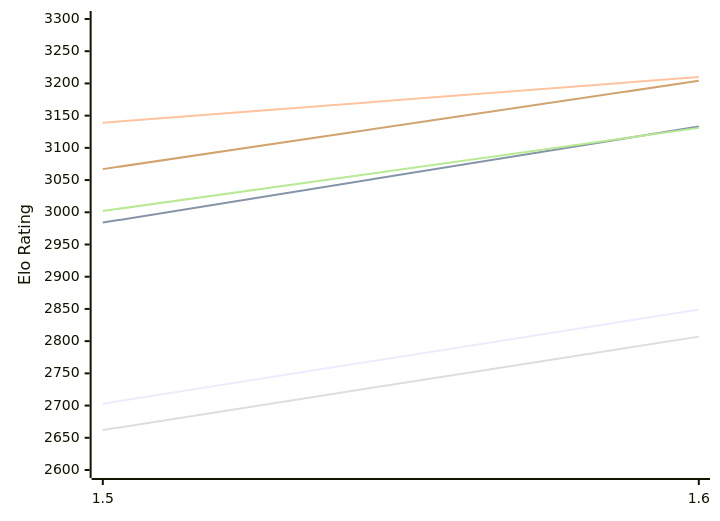
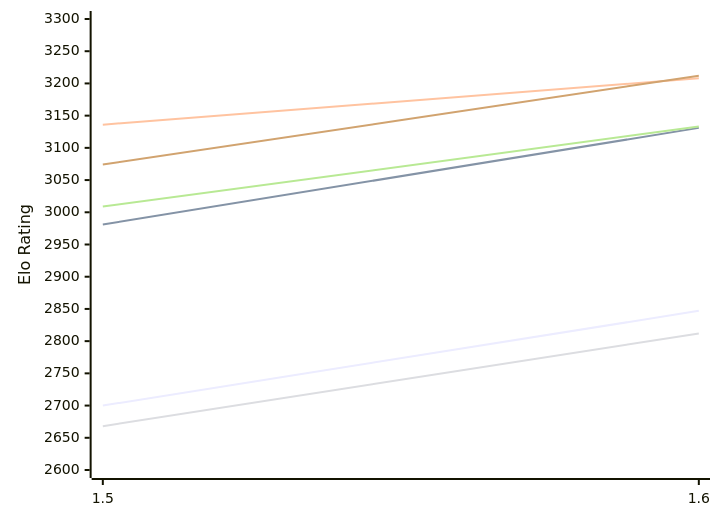
The first of 2 diagrams in engines/Yakka.md (computer-chess-index/cci), drawn with Mermaid before and after one commit. The commit also changed other lines of this file, not shown here.

Commit message:
Update CCI Ratings (ELO VLTC) - 2026-11-23

````diff
--- a/engines/Yakka.md
+++ b/engines/Yakka.md
@@ -51,12 +51,12 @@
 ```mermaid
 %%{init: {"theme":"base","themeVariables":{"seriesColors:['#a3a3a3','#222221','#faa371']}}}%%
 xychart-beta
   x-axis ["1.5", "1.6"]
   y-axis "Elo Rating" 2600 --> 3300
-  line "E1: STC (8.0+0.08s)" [2703, 2849]
-  line "E1: LTC (60.0+0.60s)" [2984, 3133]
-  line "E1: VLTC (2m24s+1.12s)" [3139, 3210]
-  line "P1: STC (8.0+0.08s)" [2662, 2807]
-  line "P1: LTC (60.0+0.60s)" [3002, 3131]
-  line "P1: VLTC (2m24s+1.12s)" [3067, 3204]
+  line "E1: STC (8.0+0.08s)" [2700, 2847]
+  line "E1: LTC (60.0+0.60s)" [2981, 3131]
+  line "E1: VLTC (2m24s+1.12s)" [3136, 3208]
+  line "P1: STC (8.0+0.08s)" [2668, 2812]
+  line "P1: LTC (60.0+0.60s)" [3009, 3133]
+  line "P1: VLTC (2m24s+1.12s)" [3074, 3212]
 ```
````
